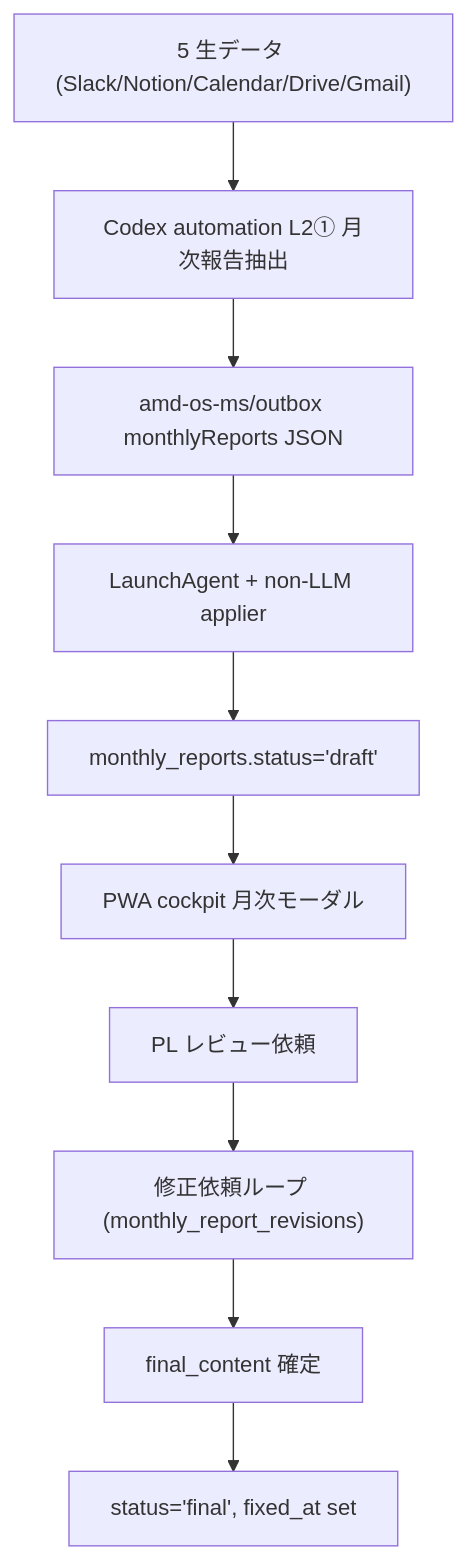
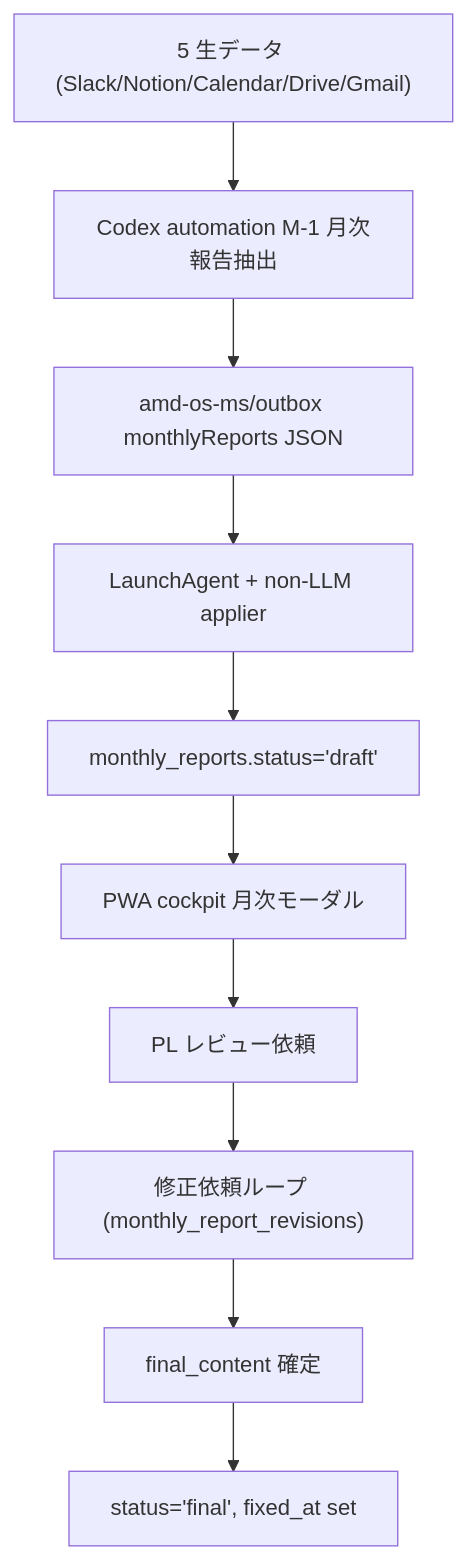
Before and after one commit to masa-teamarmada/amd-os: the second of 3 diagrams in pwa/manual/4-8-ms-progress-monthly-report-revision-spec.md, drawn with Mermaid. The commit also changed other lines of this file and 165 other files, not shown here.

````diff
--- a/pwa/manual/4-8-ms-progress-monthly-report-revision-spec.md
+++ b/pwa/manual/4-8-ms-progress-monthly-report-revision-spec.md
@@ -121,12 +121,12 @@
 ```mermaid
 flowchart TD
-  A[5 生データ &lpar;Slack/Notion/Calendar/Drive/Gmail&rpar;] --> B[Codex automation L2① 月次報告抽出]
+  A[5 生データ &lpar;Slack/Notion/Calendar/Drive/Gmail&rpar;] --> B[Codex automation M-1 月次報告抽出]
   B --> C[amd-os-ms/outbox monthlyReports JSON]
   C --> D[LaunchAgent + non-LLM applier]
   D --> E[monthly_reports.status='draft']
   E --> F[PWA cockpit 月次モーダル]
   F --> G[PL レビュー依頼]
   G --> H[修正依頼ループ &lpar;monthly_report_revisions&rpar;]
   H --> I[final_content 確定]
   I --> J[status='final', fixed_at set]
 ```
````
